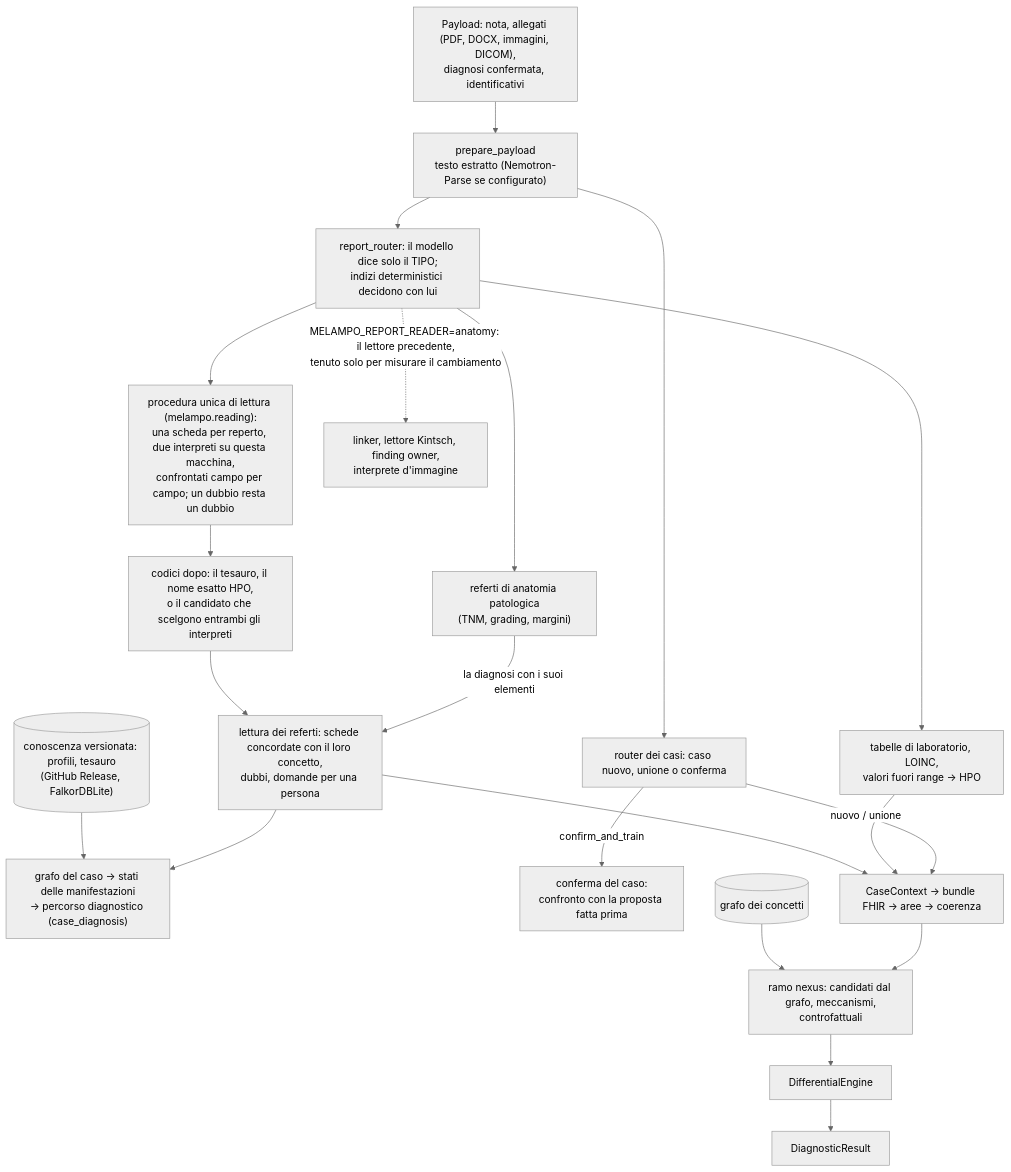
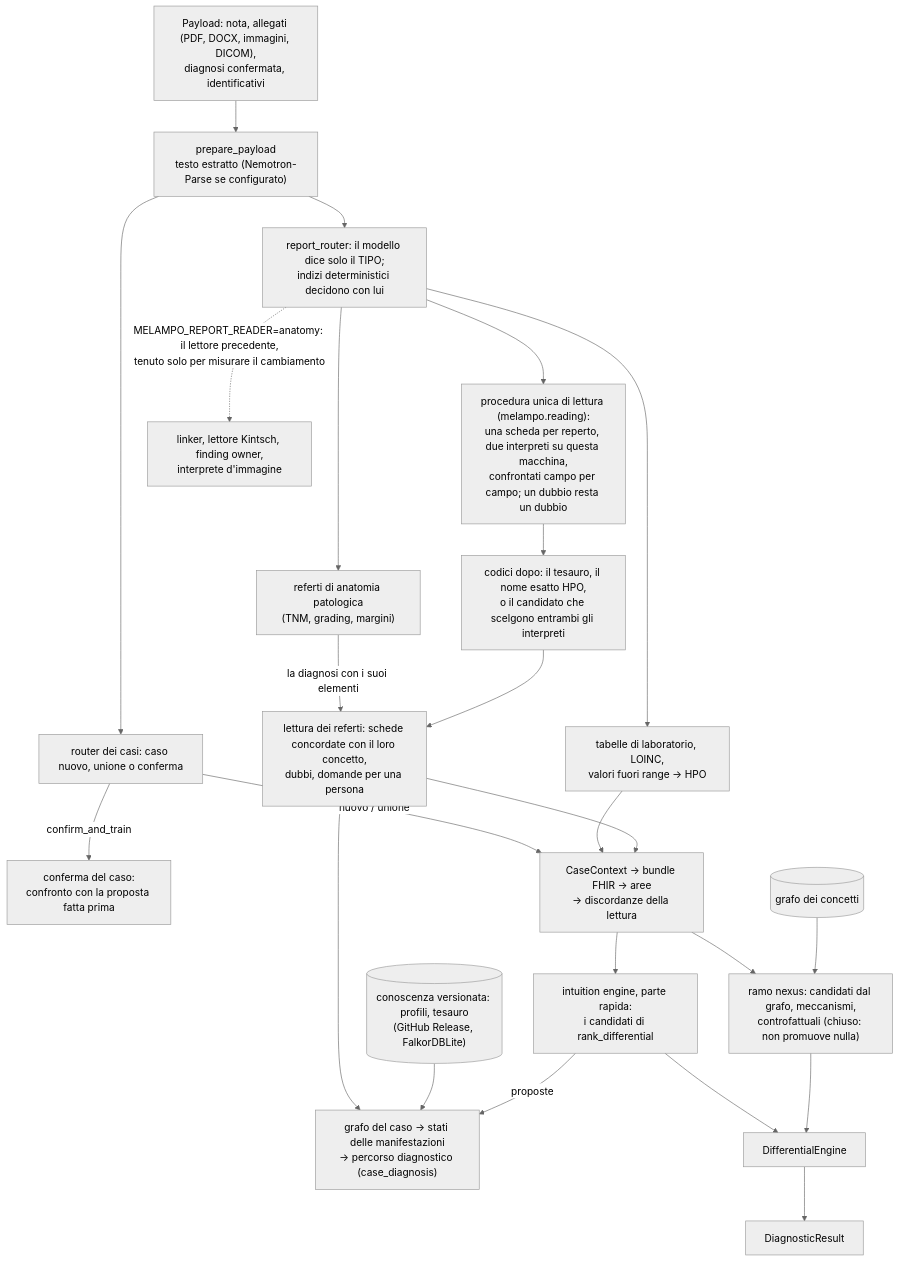
The second of 2 diagrams in docs/it/ARCHITECTURE.md (francescoluciolattari/Melampo-AI), drawn with Mermaid (neutral theme) before and after one commit. The commit also changed other lines of this file and 63 other files, not shown here.

````diff
--- a/docs/it/ARCHITECTURE.md
+++ b/docs/it/ARCHITECTURE.md
@@ -32,22 +32,25 @@
 ```mermaid
 flowchart TD
   payload["Payload: nota, allegati (PDF, DOCX, immagini, DICOM),<br/>diagnosi confermata, identificativi"] --> prep["prepare_payload<br/>testo estratto (Nemotron-Parse se configurato)"]
   prep --> router["report_router: il modello dice solo il TIPO;<br/>indizi deterministici decidono con lui"]
   router --> lab["tabelle di laboratorio, LOINC,<br/>valori fuori range → HPO"]
   router --> path["referti di anatomia patologica<br/>(TNM, grading, margini)"]
   path -->|"la diagnosi con i suoi elementi"| rr
   router --> one["procedura unica di lettura (melampo.reading):<br/>una scheda per reperto, due interpreti su questa macchina,<br/>confrontati campo per campo; un dubbio resta un dubbio"]
   one --> codes["codici dopo: il tesauro, il nome esatto HPO,<br/>o il candidato che scelgono entrambi gli interpreti"]
   codes --> rr["lettura dei referti: schede concordate con il loro concetto,<br/>dubbi, domande per una persona"]
   rr --> cg["grafo del caso → stati delle manifestazioni<br/>→ percorso diagnostico (case_diagnosis)"]
   know[("conoscenza versionata: profili, tesauro<br/>(GitHub Release, FalkorDBLite)")] --> cg
   router -.->|"MELAMPO_REPORT_READER=anatomy: il lettore precedente,<br/>tenuto solo per misurare il cambiamento"| narr["linker, lettore Kintsch, finding owner,<br/>interprete d'immagine"]
   prep --> d1["router dei casi: caso nuovo, unione o conferma"]
   d1 -->|confirm_and_train| conf["conferma del caso:<br/>confronto con la proposta fatta prima"]
-  d1 -->|nuovo / unione| ingest["CaseContext → bundle FHIR → aree → coerenza"]
+  d1 -->|nuovo / unione| ingest["CaseContext → bundle FHIR → aree<br/>→ discordanze della lettura"]
   lab --> ingest
   rr --> ingest
-  ingest --> nexus["ramo nexus: candidati dal grafo, meccanismi,<br/>controfattuali"]
+  ingest --> rapid["intuition engine, parte rapida:<br/>i candidati di rank_differential"]
+  rapid --> diff
+  rapid -->|proposte| cg
+  ingest --> nexus["ramo nexus: candidati dal grafo, meccanismi,<br/>controfattuali (chiuso: non promuove nulla)"]
   nexus --> diff["DifferentialEngine"] --> res["DiagnosticResult"]
   graphnode[("grafo dei concetti")] --> nexus
 ```
````
